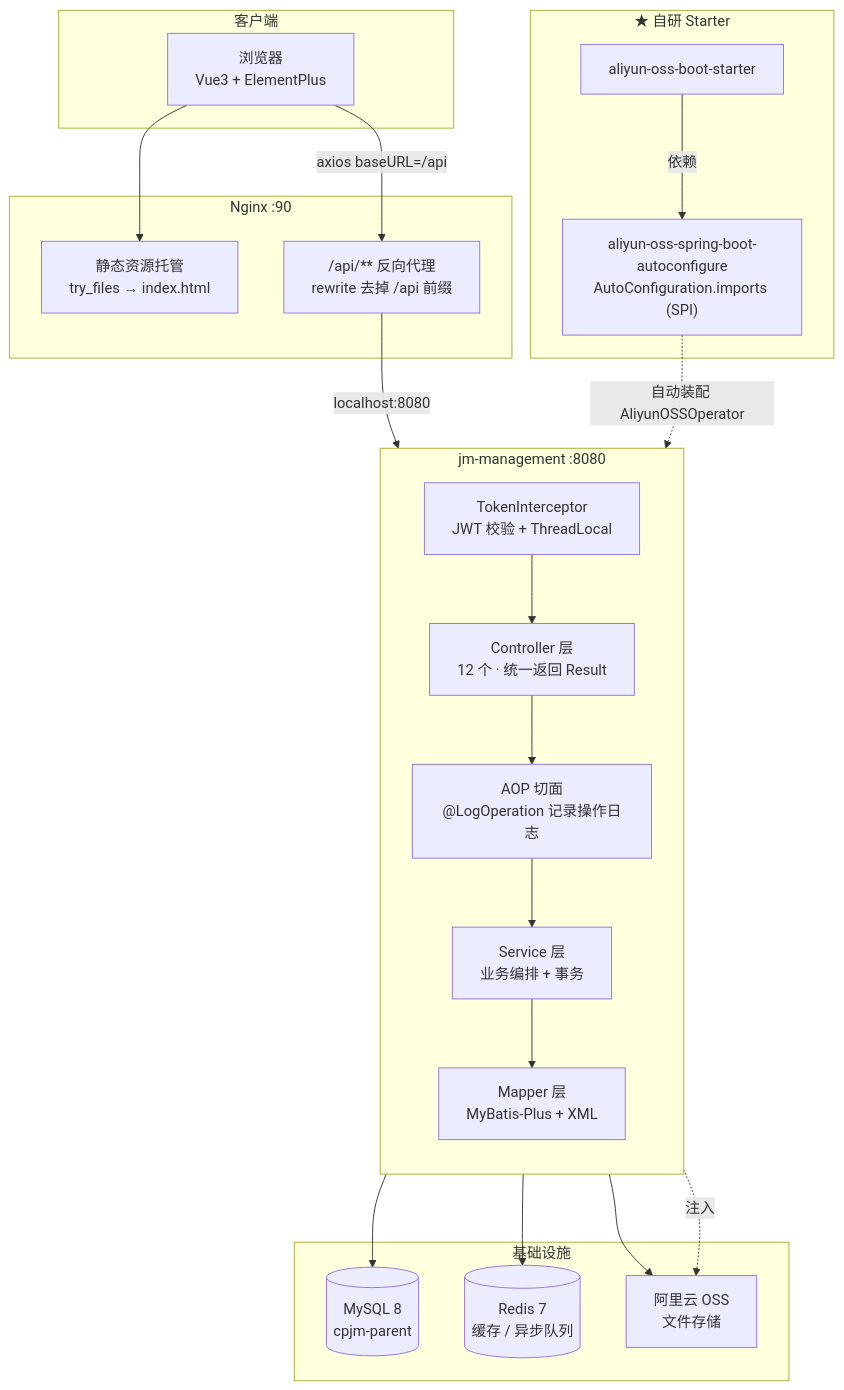
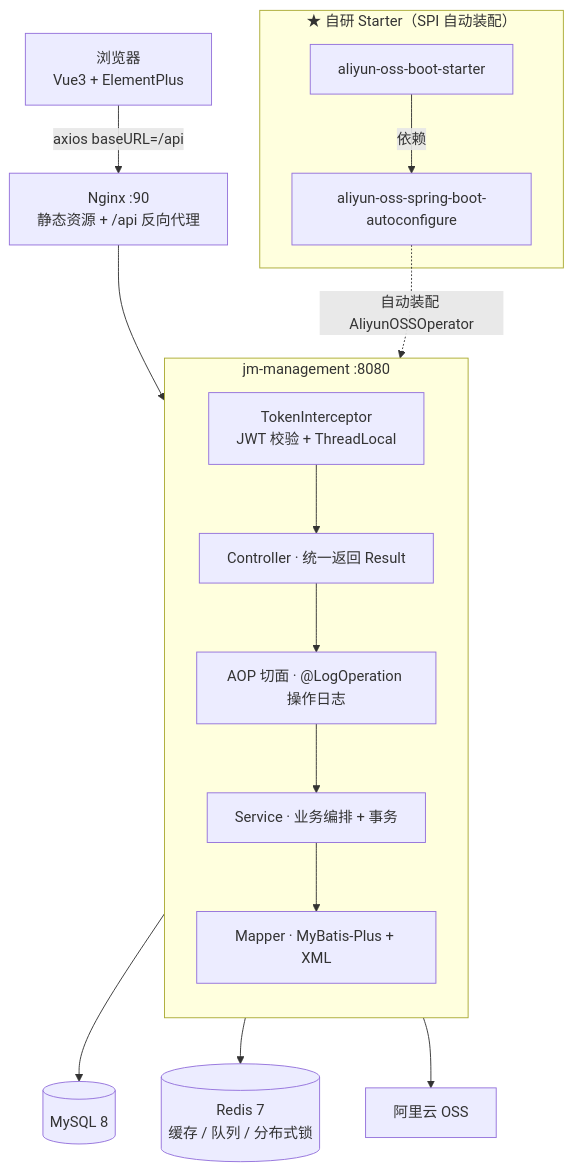
The diagram in README.md (DJtx001/jm-parent), drawn with Mermaid before and after one commit. The commit also changed other lines of this file, not shown here.

````diff
--- a/README.md
+++ b/README.md
@@ -85,42 +31,22 @@
 ```mermaid
 flowchart TB
-    subgraph client["客户端"]
-        B["浏览器<br/>Vue3 + ElementPlus"]
-    end
-
-    subgraph nginx["Nginx :90"]
-        N1["静态资源托管<br/>try_files → index.html"]
-        N2["/api/** 反向代理<br/>rewrite 去掉 /api 前缀"]
-    end
+    B["浏览器<br/>Vue3 + ElementPlus"] -->|axios baseURL=/api| N["Nginx :90<br/>静态资源 + /api 反向代理"]
 
     subgraph app["jm-management :8080"]
         direction TB
-        F["TokenInterceptor<br/>JWT 校验 + ThreadLocal"]
-        C["Controller 层<br/>12 个 · 统一返回 Result"]
-        A["AOP 切面<br/>@LogOperation 记录操作日志"]
-        S["Service 层<br/>业务编排 + 事务"]
-        M["Mapper 层<br/>MyBatis-Plus + XML"]
-        F --> C --> A --> S --> M
+        F["TokenInterceptor<br/>JWT 校验 + ThreadLocal"] --> C["Controller · 统一返回 Result"]
+        C --> A["AOP 切面 · @LogOperation 操作日志"]
+        A --> S["Service · 业务编排 + 事务"]
+        S --> M["Mapper · MyBatis-Plus + XML"]
     end
 
-    subgraph infra["基础设施"]
-        DB[("MySQL 8<br/>cpjm-parent")]
-        RD[("Redis 7<br/>缓存 / 异步队列")]
-        OSS["阿里云 OSS<br/>文件存储"]
+    N --> F
+    M --> DB[("MySQL 8")]
+    S --> RD[("Redis 7<br/>缓存 / 队列 / 分布式锁")]
+    S --> OSS["阿里云 OSS"]
+
+    subgraph st["★ 自研 Starter（SPI 自动装配）"]
+        ST["aliyun-oss-boot-starter"] -->|依赖| AC["aliyun-oss-spring-boot-autoconfigure"]
     end
-
-    subgraph starter["★ 自研 Starter"]
-        ST["aliyun-oss-boot-starter"]
-        AC["aliyun-oss-spring-boot-autoconfigure<br/>AutoConfiguration.imports (SPI)"]
-        ST -->|依赖| AC
-    end
-
-    B --> N1
-    B -->|axios baseURL=/api| N2
-    N2 -->|localhost:8080| F
-    M --> DB
-    S --> RD
-    S --> OSS
     AC -.->|自动装配 AliyunOSSOperator| S
-    S -.->|注入| OSS
 ```
````
